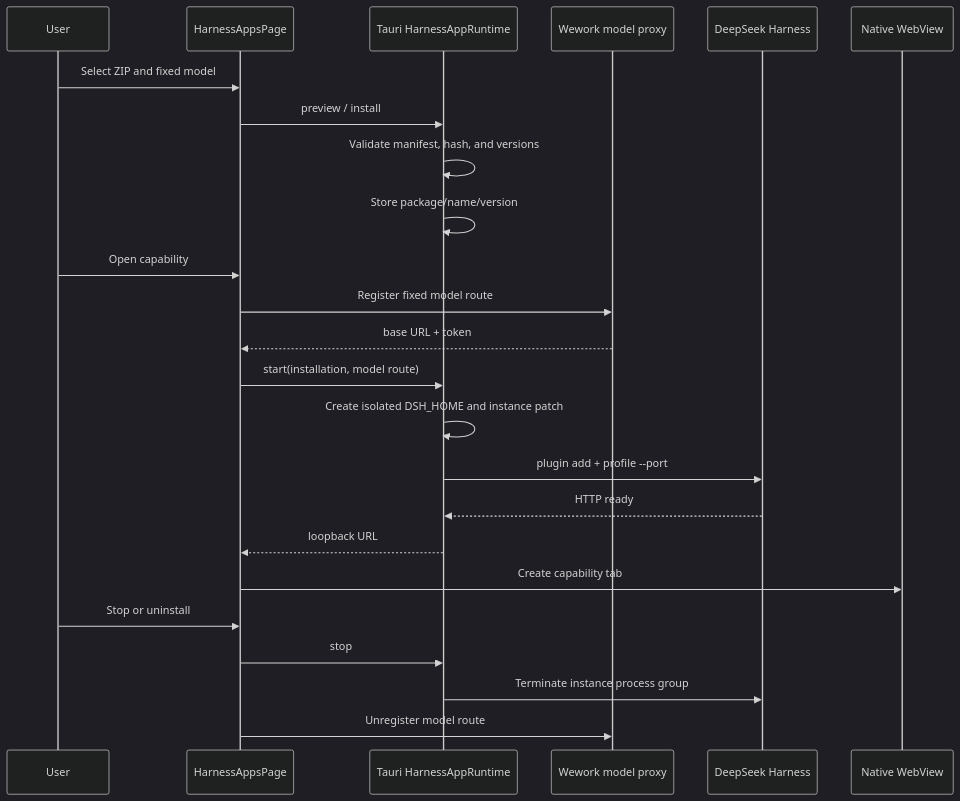
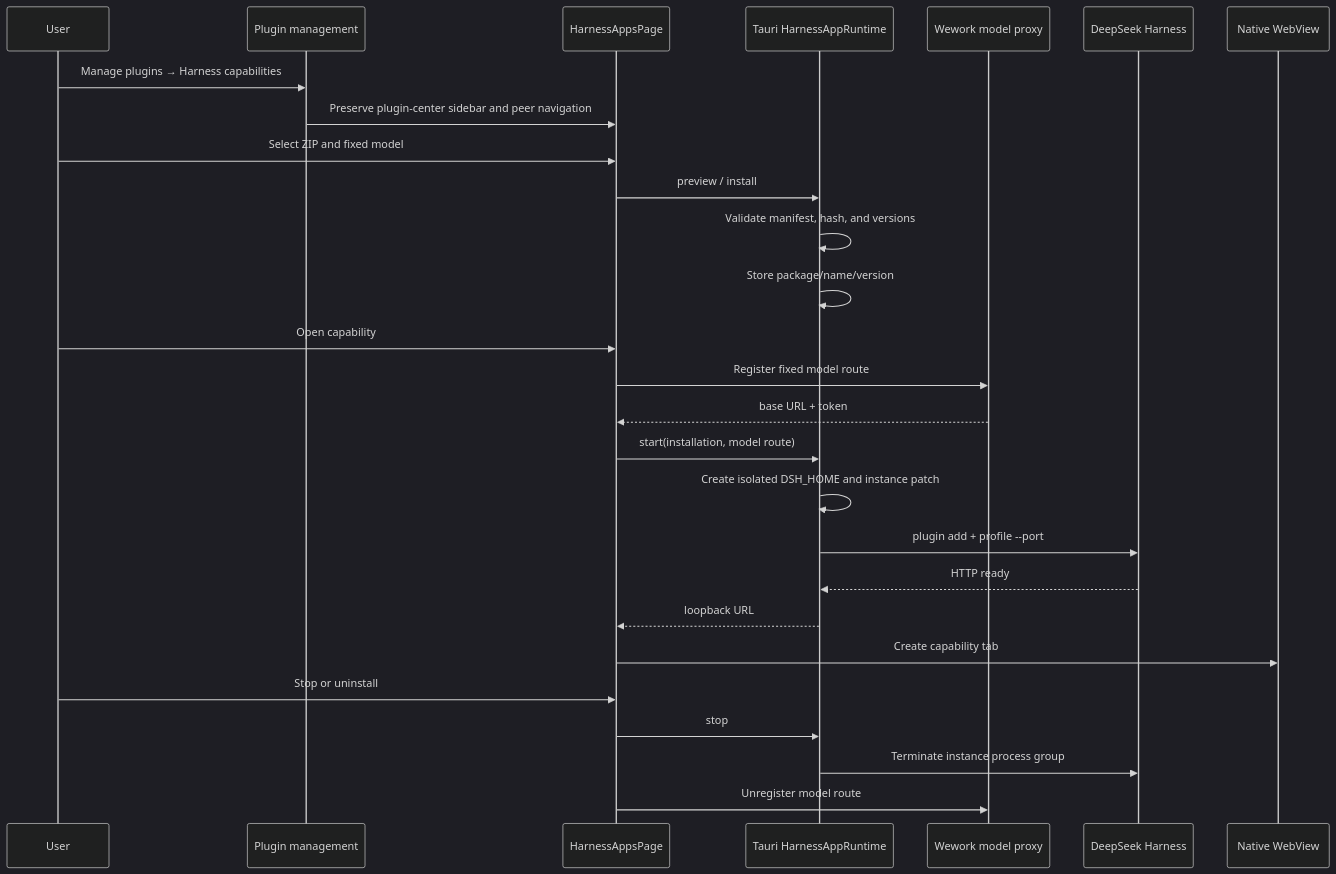
The second of 2 diagrams in docs/en/architecture/deepseek-harness-apps.md (wecode-ai/Wegent), drawn with Mermaid (dark theme) before and after one commit. The commit also changed other lines of this file and 13 other files, not shown here.

Commit message:
fix(wework): integrate Harness management navigation

````diff
--- a/docs/en/architecture/deepseek-harness-apps.md
+++ b/docs/en/architecture/deepseek-harness-apps.md
@@ -22,27 +24,30 @@
 ```mermaid
 sequenceDiagram
     participant U as User
+    participant C as Plugin management
     participant UI as HarnessAppsPage
     participant T as Tauri HarnessAppRuntime
     participant P as Wework model proxy
     participant D as DeepSeek Harness
     participant W as Native WebView
 
+    U->>C: Manage plugins → Harness capabilities
+    C->>UI: Preserve plugin-center sidebar and peer navigation
     U->>UI: Select ZIP and fixed model
     UI->>T: preview / install
     T->>T: Validate manifest, hash, and versions
     T->>T: Store package/name/version
     U->>UI: Open capability
     UI->>P: Register fixed model route
     P-->>UI: base URL + token
     UI->>T: start(installation, model route)
     T->>T: Create isolated DSH_HOME and instance patch
     T->>D: plugin add + profile --port
     D-->>T: HTTP ready
     T-->>UI: loopback URL
     UI->>W: Create capability tab
     U->>UI: Stop or uninstall
     UI->>T: stop
     T->>D: Terminate instance process group
     UI->>P: Unregister model route
 ```
````
